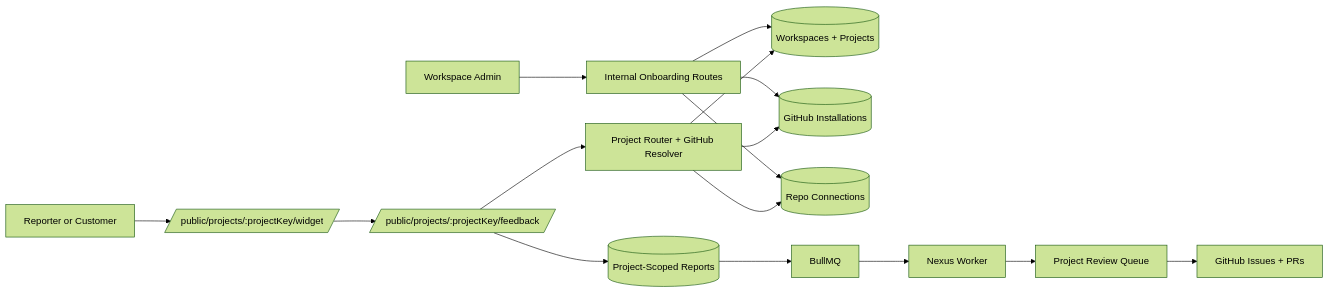
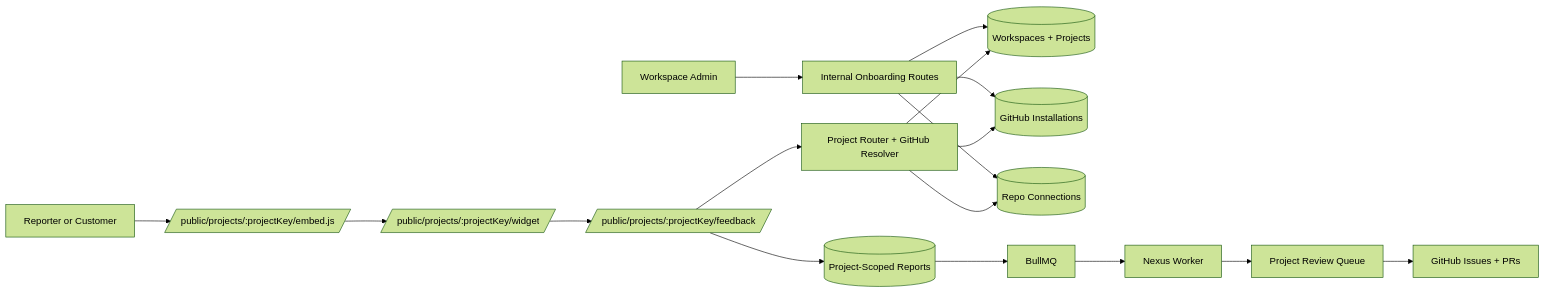
Before and after one commit to smithdavedesign/AI-Took-My-Job: the diagram in roadmap.md, drawn with Mermaid (forest theme). The commit also changed other lines of this file and 5 other files, not shown here.

Commit message:
Add widget embed and queue bulk actions

````diff
--- a/roadmap.md
+++ b/roadmap.md
@@ -213,18 +213,19 @@
 ```mermaid
 flowchart LR
 	Admin[Workspace Admin] --> Onboarding[Internal Onboarding Routes]
 	Onboarding --> Workspace[(Workspaces + Projects)]
 	Onboarding --> Install[(GitHub Installations)]
 	Onboarding --> Repo[(Repo Connections)]
-	Reporter[Reporter or Customer] --> Widget[/public/projects/:projectKey/widget/]
+	Reporter[Reporter or Customer] --> Embed[/public/projects/:projectKey/embed.js/]
+	Embed --> Widget[/public/projects/:projectKey/widget/]
 	Widget --> PublicRoute[/public/projects/:projectKey/feedback/]
 	PublicRoute --> Router[Project Router + GitHub Resolver]
 	Router --> Workspace
 	Router --> Repo
 	Router --> Install
 	PublicRoute --> Reports[(Project-Scoped Reports)]
 	Reports --> Queue[BullMQ]
 	Queue --> Worker[Nexus Worker]
 	Worker --> Review[Project Review Queue]
 	Review --> GitHub[GitHub Issues + PRs]
 ```
````
